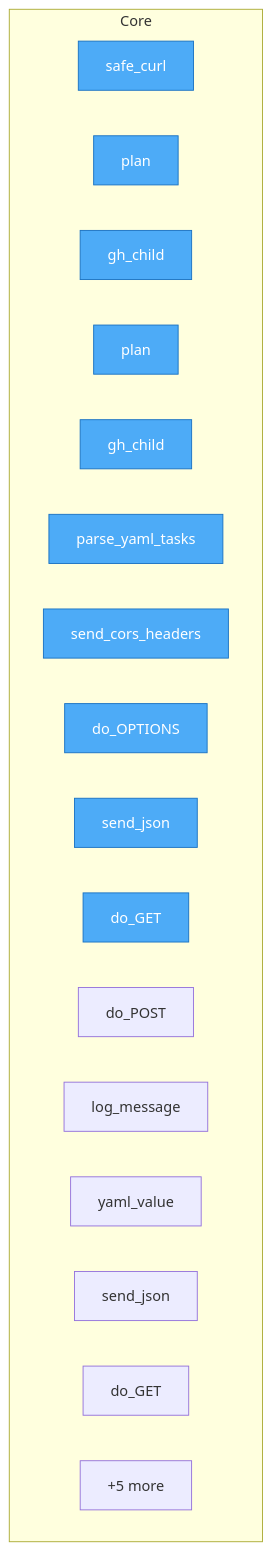
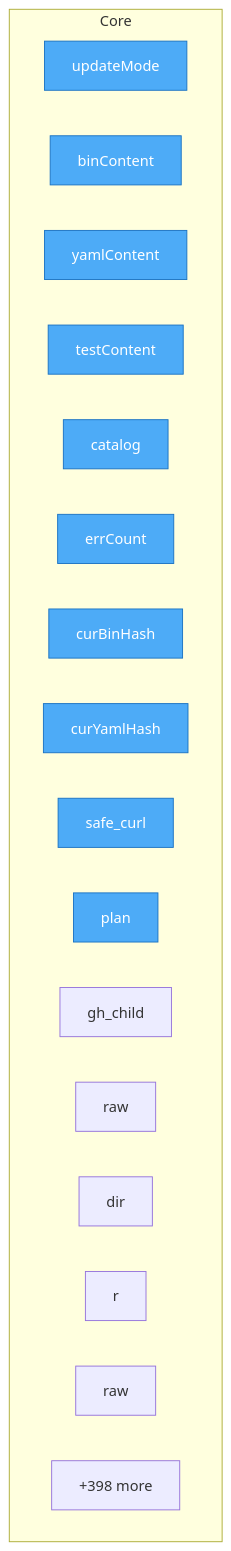
The diagram in project/flow.mmd (paxlet-com/taskand), drawn with Mermaid before and after one commit. The commit also changed 76 other files, not shown here.

```diff
--- a/project/flow.mmd
+++ b/project/flow.mmd
@@ -1,26 +1,26 @@
 flowchart TD
-%% generated in 0.00s
+%% generated in 0.02s
 
     %% Entry points (blue)
     classDef entry fill:#4dabf7,stroke:#1971c2,color:#fff
 
     subgraph Core
+        verify_catalog__updateMode["updateMode"]
+        verify_catalog__binContent["binContent"]
+        verify_catalog__yamlContent["yamlContent"]
+        verify_catalog__testContent["testContent"]
+        verify_catalog__catalog["catalog"]
+        verify_catalog__errCount["errCount"]
+        verify_catalog__curBinHash["curBinHash"]
+        verify_catalog__curYamlHash["curYamlHash"]
         taskand__safe_curl["safe_curl"]
         Dockerfile__plan["plan"]
         Dockerfile__gh_child["gh_child"]
-        bootstrap__Dockerfile__plan["plan"]
-        bootstrap__Dockerfile__gh_child["gh_child"]
-        gateway__Dockerfile__parse_yaml_tasks["parse_yaml_tasks"]
-        gateway__Dockerfile__send_cors_headers["send_cors_headers"]
-        gateway__Dockerfile__do_OPTIONS["do_OPTIONS"]
-        gateway__Dockerfile__send_json["send_json"]
-        gateway__Dockerfile__do_GET["do_GET"]
-        gateway__Dockerfile__do_POST["do_POST"]
-        gateway__Dockerfile__log_message["log_message"]
-        history__snapshots__snap_t1789203598__files__taskand__gateway__Dockerfile__yaml_value["yaml_value"]
-        history__snapshots__snap_t1789203598__files__taskand__gateway__Dockerfile__send_json["send_json"]
-        history__snapshots__snap_t1789203598__files__taskand__gateway__Dockerfile__do_GET["do_GET"]
-        ...["+5 more"]
+        packages__bootstrap__proc__hello_world__taskand__dev__v1__bin__raw["raw"]
+        packages__bootstrap__proc__hello_world__taskand__dev__v1__test__dir["dir"]
+        packages__bootstrap__proc__hello_world__taskand__dev__v1__test__r["r"]
+        packages__bootstrap__proc__bootstrap__onboarding__taskand__dev__v1__bin__raw["raw"]
+        ...["+398 more"]
     end
 
-    class taskand__safe_curl,Dockerfile__plan,Dockerfile__gh_child,bootstrap__Dockerfile__plan,bootstrap__Dockerfile__gh_child,gateway__Dockerfile__parse_yaml_tasks,gateway__Dockerfile__send_cors_headers,gateway__Dockerfile__do_OPTIONS,gateway__Dockerfile__send_json,gateway__Dockerfile__do_GET entry
+    class verify_catalog__updateMode,verify_catalog__binContent,verify_catalog__yamlContent,verify_catalog__testContent,verify_catalog__catalog,verify_catalog__errCount,verify_catalog__curBinHash,verify_catalog__curYamlHash,taskand__safe_curl,Dockerfile__plan entry
```
